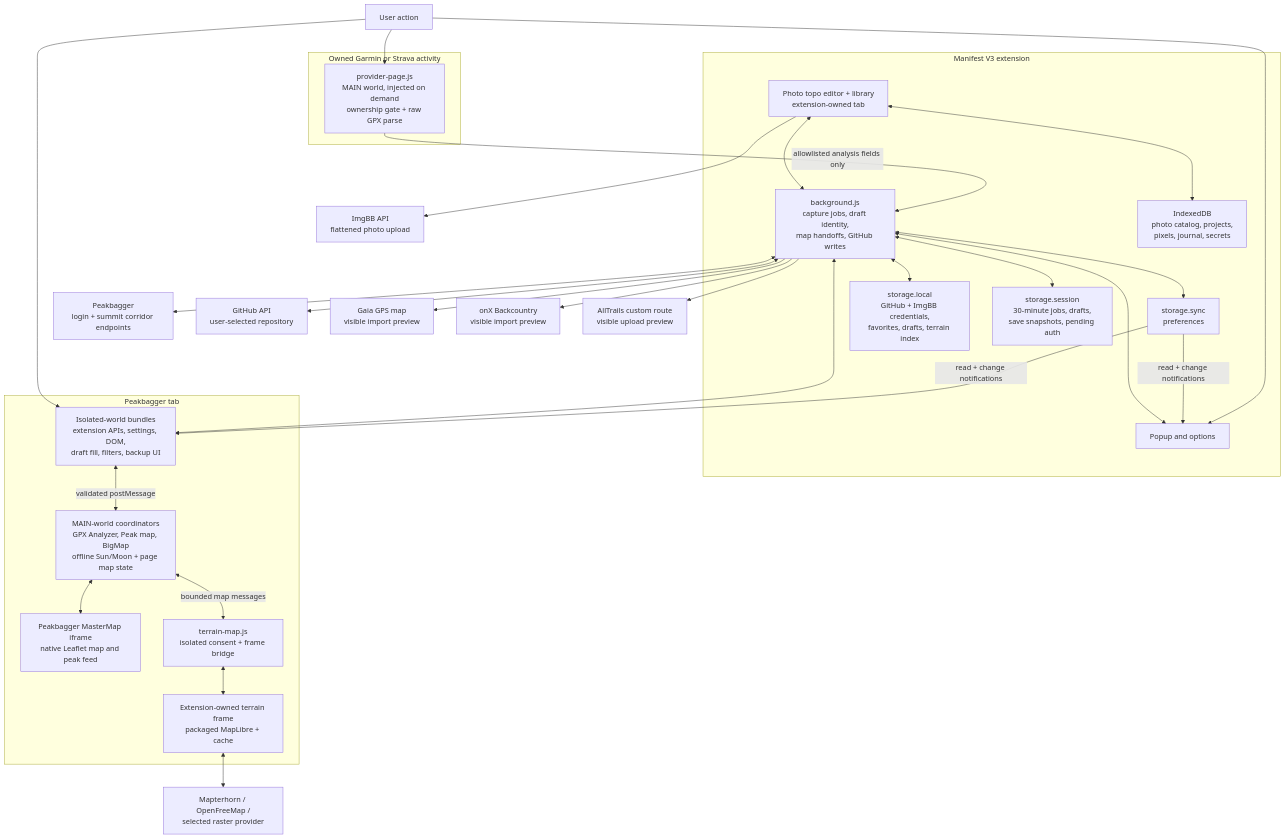
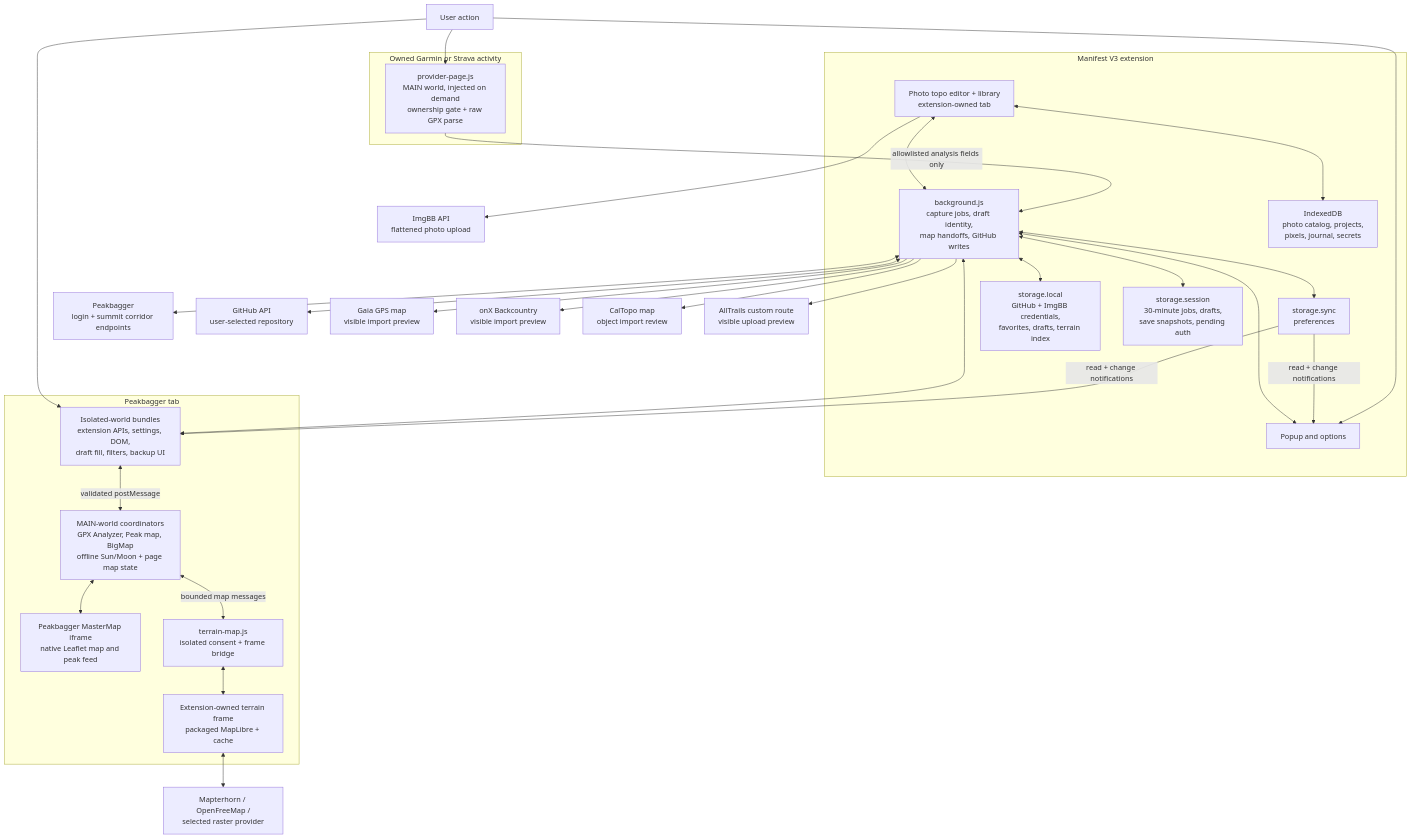
One commit to wilmtang/better-peakbagger changed the first of 2 diagrams in docs/architecture.md. Above: the diagram before and after it, drawn with Mermaid. The commit also changed other lines of this file and 21 other files, not shown here.

````diff
--- a/docs/architecture.md
+++ b/docs/architecture.md
@@ -15,59 +15,61 @@
 ```mermaid
 flowchart TB
     user["User action"]
 
     subgraph provider["Owned Garmin or Strava activity"]
         providerPage["provider-page.js<br/>MAIN world, injected on demand<br/>ownership gate + raw GPX parse"]
     end
 
     subgraph extension["Manifest V3 extension"]
         popup["Popup and options"]
         worker["background.js<br/>capture jobs, draft identity,<br/>map handoffs, GitHub writes"]
         photoPage["Photo topo editor + library<br/>extension-owned tab"]
         photoDb["IndexedDB<br/>photo catalog, projects,<br/>pixels, journal, secrets"]
         sync["storage.sync<br/>preferences"]
         local["storage.local<br/>GitHub + ImgBB credentials,<br/>favorites, drafts, terrain index"]
         session["storage.session<br/>30-minute jobs, drafts,<br/>save snapshots, pending auth"]
     end
 
     subgraph peakbagger["Peakbagger tab"]
         isolated["Isolated-world bundles<br/>extension APIs, settings, DOM,<br/>draft fill, filters, backup UI"]
         main["MAIN-world coordinators<br/>GPX Analyzer, Peak map, BigMap<br/>offline Sun/Moon + page map state"]
         master["Peakbagger MasterMap iframe<br/>native Leaflet map and peak feed"]
         terrainBridge["terrain-map.js<br/>isolated consent + frame bridge"]
         terrainFrame["Extension-owned terrain frame<br/>packaged MapLibre + cache"]
     end
 
     peakApi["Peakbagger<br/>login + summit corridor endpoints"]
     imgbb["ImgBB API<br/>flattened photo upload"]
     github["GitHub API<br/>user-selected repository"]
     gaia["Gaia GPS map<br/>visible import preview"]
     onx["onX Backcountry<br/>visible import preview"]
+    caltopo["CalTopo map<br/>object import review"]
     alltrails["AllTrails custom route<br/>visible upload preview"]
     tiles["Mapterhorn / OpenFreeMap /<br/>selected raster provider"]
 
     user --> providerPage
     user --> isolated
     user --> popup
     providerPage -- "allowlisted analysis fields only" --> worker
     isolated <--> worker
     popup <--> worker
     photoPage <--> worker
     photoPage <--> photoDb
     photoPage --> imgbb
     sync -- "read + change notifications" --> popup
     sync -- "read + change notifications" --> isolated
     worker <--> sync
     worker <--> session
     worker <--> local
     worker <--> peakApi
     worker <--> github
     worker --> gaia
     worker --> onx
+    worker --> caltopo
     worker --> alltrails
     isolated <-->|"validated postMessage"| main
     main <--> master
     main <-->|"bounded map messages"| terrainBridge
     terrainBridge <--> terrainFrame
     terrainFrame <--> tiles
 ```
````
